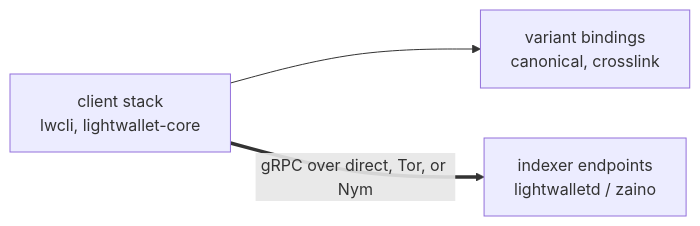
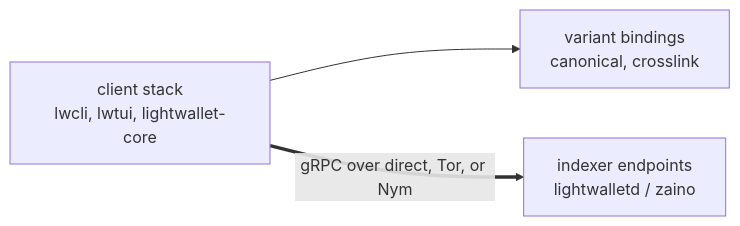
Before and after one commit to auzum197/lightwallet-tools: the diagram in README.md, drawn with Mermaid. The commit also changed other lines of this file, not shown here.

Commit message:
docs: list txview and tui crates in the readme and fix the lwcli path

````diff
--- a/README.md
+++ b/README.md
@@ -17,9 +17,9 @@
 ```mermaid
 flowchart LR
-  client["client stack<br/>lwcli, lightwallet-core"]
+  client["client stack<br/>lwcli, lwtui, lightwallet-core"]
   bindings["variant bindings<br/>canonical, crosslink"]
   endpoints["indexer endpoints<br/>lightwalletd / zaino"]
 
   client --> bindings
   client ==>|"gRPC over direct, Tor, or Nym"| endpoints
 ```
````
